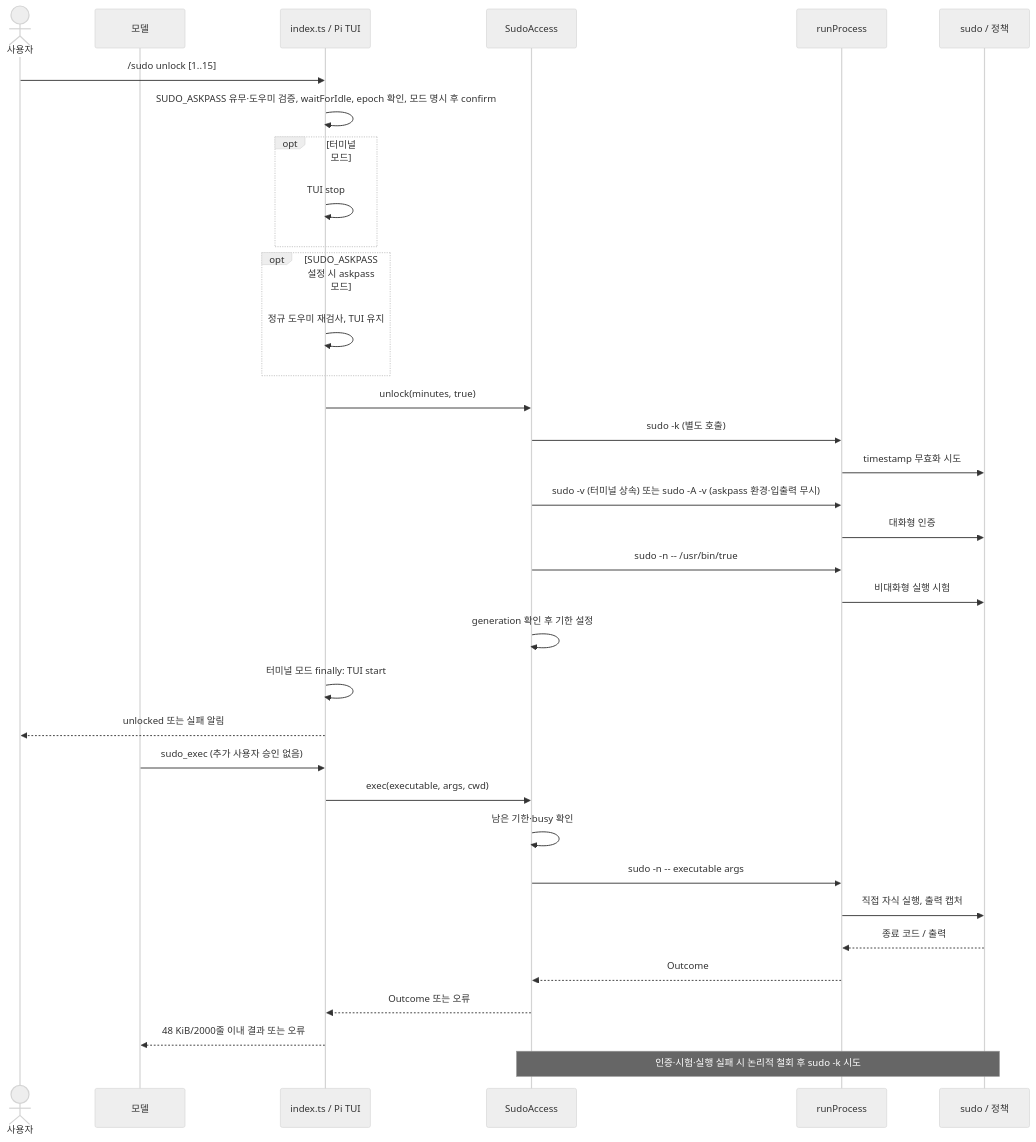
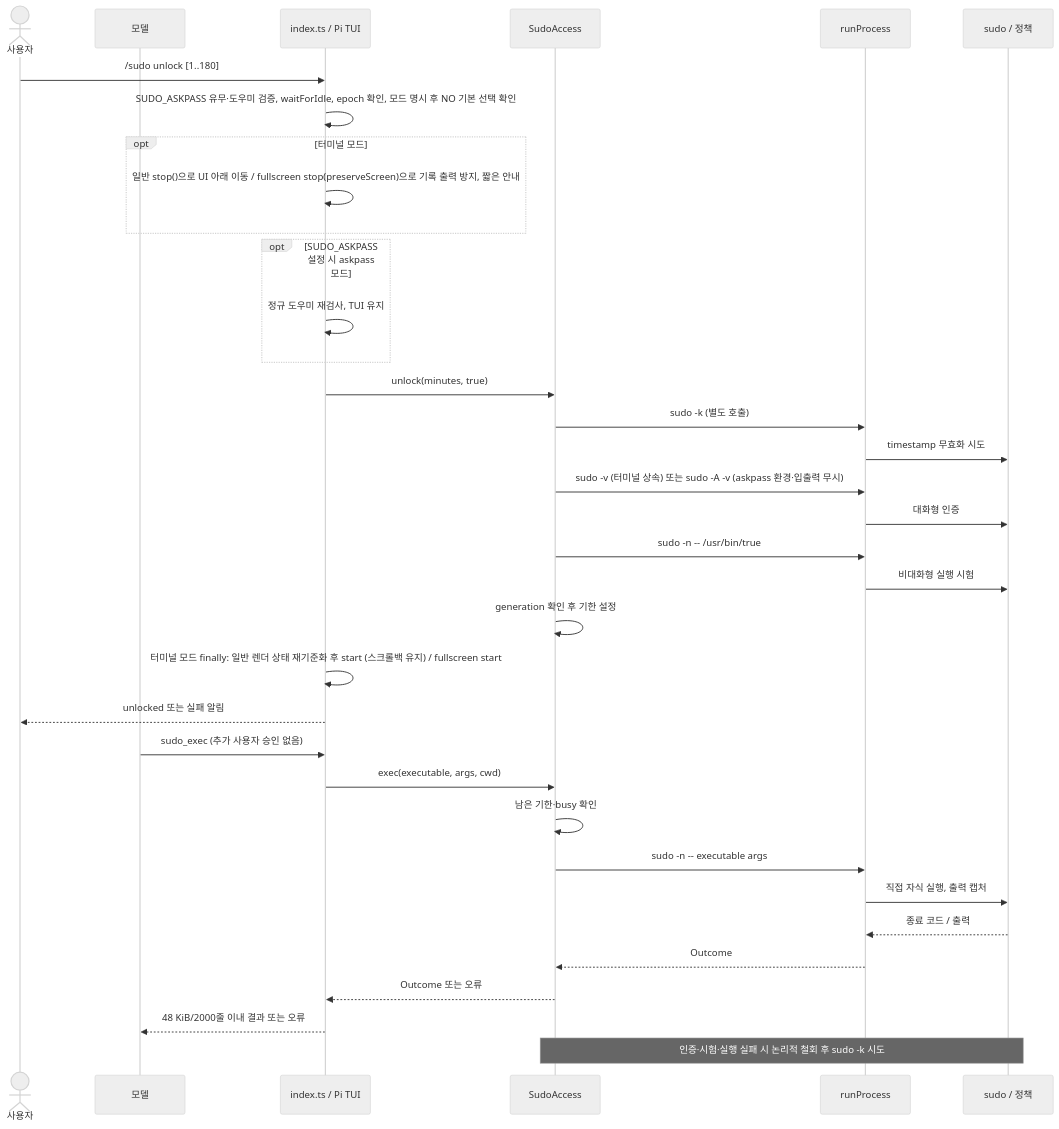
The diagram in docs/diagram/auth-exec.mmd (spi-ca/pi-sudo), drawn with Mermaid (neutral theme) before and after one commit. The commit also changed 11 other files, not shown here.

Commit message:
feat: improve sudo unlock consent and terminal handoff

```diff
--- a/docs/diagram/auth-exec.mmd
+++ b/docs/diagram/auth-exec.mmd
@@ -1,35 +1,35 @@
 sequenceDiagram
     actor User as 사용자
     participant Model as 모델
     participant Entry as index.ts / Pi TUI
     participant Access as SudoAccess
     participant Proc as runProcess
     participant OS as sudo / 정책
-    User->>Entry: /sudo unlock [1..15]
-    Entry->>Entry: SUDO_ASKPASS 유무·도우미 검증, waitForIdle, epoch 확인, 모드 명시 후 confirm
+    User->>Entry: /sudo unlock [1..180]
+    Entry->>Entry: SUDO_ASKPASS 유무·도우미 검증, waitForIdle, epoch 확인, 모드 명시 후 NO 기본 선택 확인
     opt 터미널 모드
-        Entry->>Entry: TUI stop
+        Entry->>Entry: 일반 stop()으로 UI 아래 이동 / fullscreen stop(preserveScreen)으로 기록 출력 방지, 짧은 안내
     end
     opt SUDO_ASKPASS 설정 시 askpass 모드
         Entry->>Entry: 정규 도우미 재검사, TUI 유지
     end
     Entry->>Access: unlock(minutes, true)
     Access->>Proc: sudo -k (별도 호출)
     Proc->>OS: timestamp 무효화 시도
     Access->>Proc: sudo -v (터미널 상속) 또는 sudo -A -v (askpass 환경·입출력 무시)
     Proc->>OS: 대화형 인증
     Access->>Proc: sudo -n -- /usr/bin/true
     Proc->>OS: 비대화형 실행 시험
     Access->>Access: generation 확인 후 기한 설정
-    Entry->>Entry: 터미널 모드 finally: TUI start
+    Entry->>Entry: 터미널 모드 finally: 일반 렌더 상태 재기준화 후 start (스크롤백 유지) / fullscreen start
     Entry-->>User: unlocked 또는 실패 알림
     Model->>Entry: sudo_exec (추가 사용자 승인 없음)
     Entry->>Access: exec(executable, args, cwd)
     Access->>Access: 남은 기한·busy 확인
     Access->>Proc: sudo -n -- executable args
     Proc->>OS: 직접 자식 실행, 출력 캡처
     OS-->>Proc: 종료 코드 / 출력
     Proc-->>Access: Outcome
     Access-->>Entry: Outcome 또는 오류
     Entry-->>Model: 48 KiB/2000줄 이내 결과 또는 오류
     Note over Access,OS: 인증·시험·실행 실패 시 논리적 철회 후 sudo -k 시도
```
